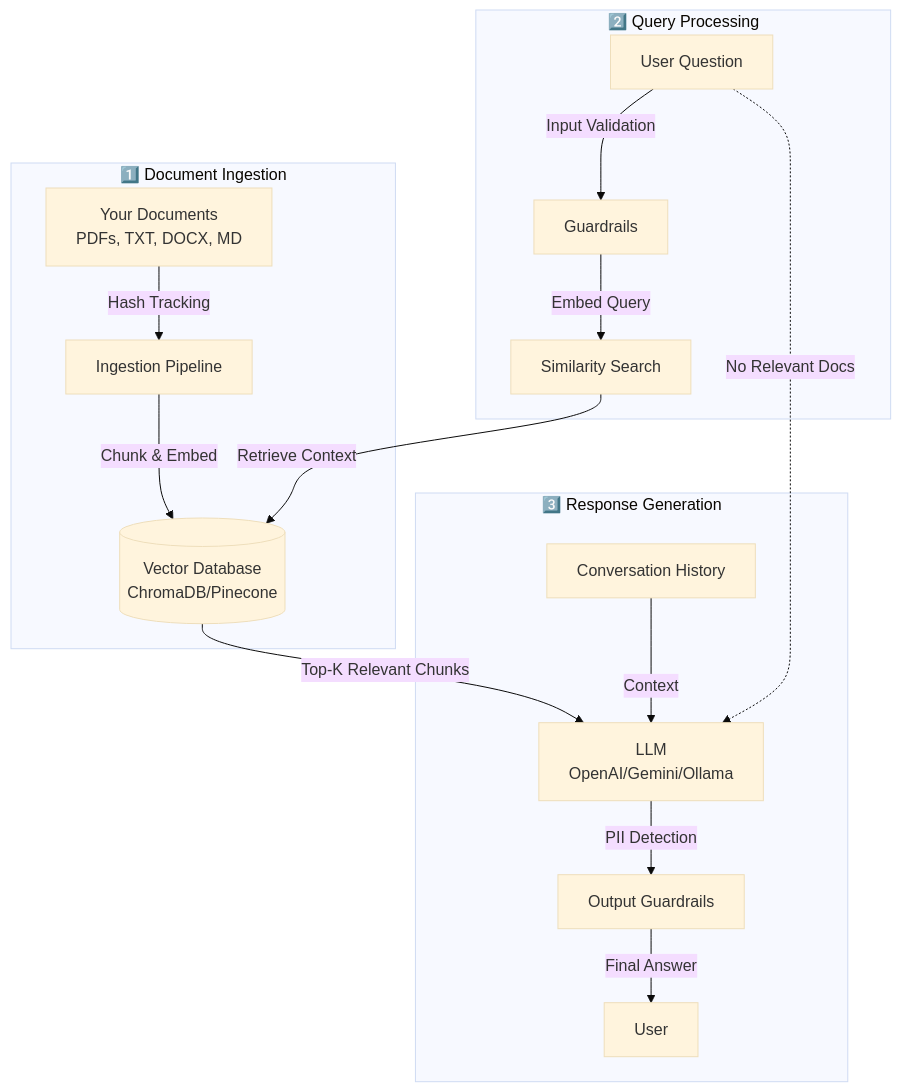
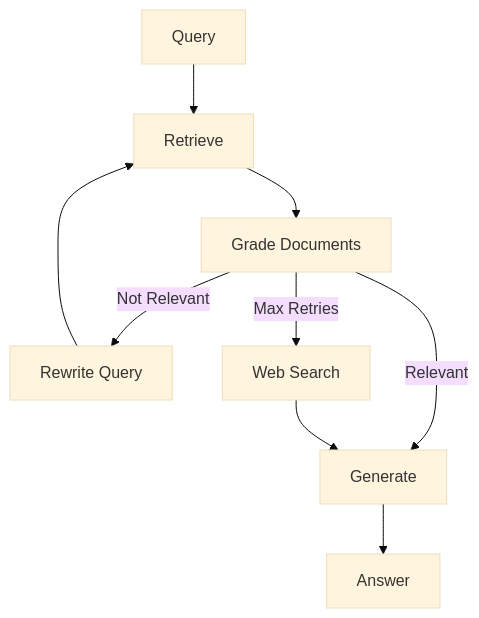
One commit to vk2git/ModularRAG changed the fourth of 8 diagrams in README.md. Above: the diagram before and after it, drawn with Mermaid (base theme). The commit also changed other lines of this file and 41 other files, not shown here.

Commit message:
added more RAG Architectures

````diff
--- a/README.md
+++ b/README.md
@@ -166,23 +257,11 @@
 ```mermaid
-graph TB
-    subgraph "1️⃣ Document Ingestion"
-        A[Your Documents<br/>PDFs, TXT, DOCX, MD] -->|Hash Tracking| B[Ingestion Pipeline]
-        B -->|Chunk & Embed| C[(Vector Database<br/>ChromaDB/Pinecone)]
-    end
-    
-    subgraph "2️⃣ Query Processing"
-        D[User Question] -->|Input Validation| E[Guardrails]
-        E -->|Embed Query| F[Similarity Search]
-        F -->|Retrieve Context| C
-    end
-    
-    subgraph "3️⃣ Response Generation"
-        C -->|Top-K Relevant Chunks| G[LLM<br/>OpenAI/Gemini/Ollama]
-        H[Conversation History] -->|Context| G
-        G -->|PII Detection| I[Output Guardrails]
-        I -->|Final Answer| J[User]
-    end
-    
-    D -.->|No Relevant Docs| G
-    
+graph TD
+    Q[Query] --> R[Retrieve]
+    R --> GD[Grade Documents]
+    GD -->|Relevant| G[Generate]
+    GD -->|Not Relevant| RW[Rewrite Query]
+    RW --> R
+    GD -->|Max Retries| WS[Web Search]
+    WS --> G
+    G --> A[Answer]
 ```
````
